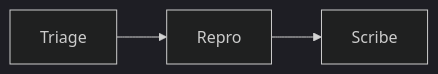
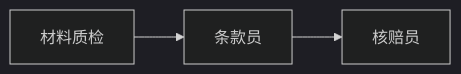
The second of 2 diagrams in docs/weeks/05-multi-agent.md (SabreKeyZ/agent-xuetang), drawn with Mermaid (dark theme) before and after one commit. The commit also changed other lines of this file and 193 other files, not shown here.

````diff
--- a/docs/weeks/05-multi-agent.md
+++ b/docs/weeks/05-multi-agent.md
@@ -46,4 +46,4 @@
 ```mermaid
 flowchart LR
-  T[Triage] --> R[Repro] --> S[Scribe]
+  D[材料质检] --> C[条款员] --> A[核赔员]
 ```
````
